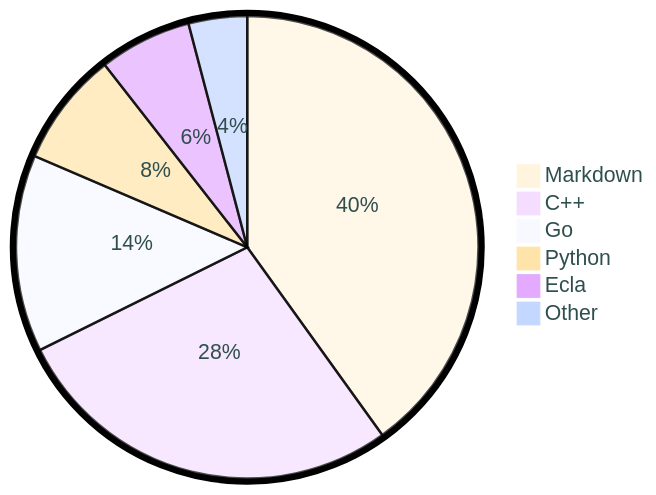
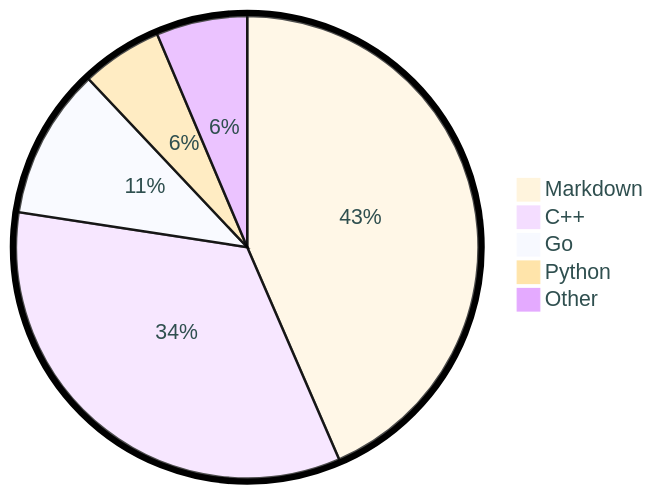
The diagram in README.md (tot0p/tot0p), drawn with Mermaid before and after one commit. The commit also changed other lines of this file, not shown here.

````diff
--- a/README.md
+++ b/README.md
@@ -86,10 +83,9 @@
 ```mermaid
 %%{init: {"pie": {"textPosition": 0.5}, "themeVariables": {"pieOuterStrokeWidth": "5px","primaryTextColor" : "#2F4F4F"},"theme":"base"} }%%
 pie
-	"Markdown": 40.08
-	"C++": 27.6
-	"Go": 13.78
-	"Python": 7.99
-	"Ecla": 6.47
-	"Other": 4.09
+	"Markdown": 43.49
+	"C++": 33.93
+	"Go": 10.54
+	"Python": 5.66
+	"Other": 6.369999999999999
 ```
````
